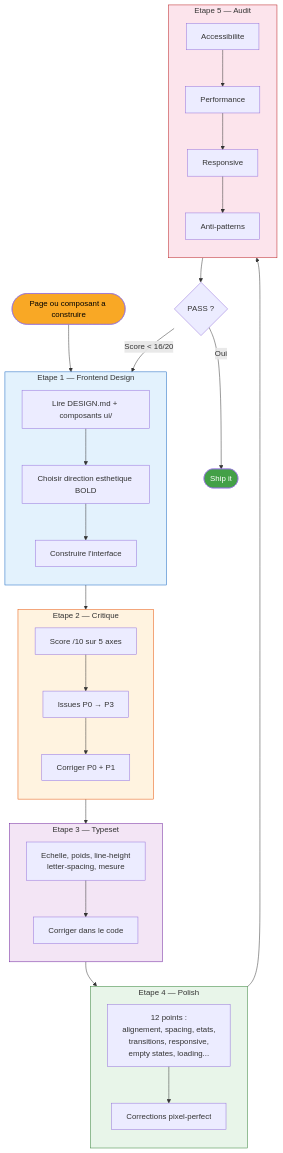
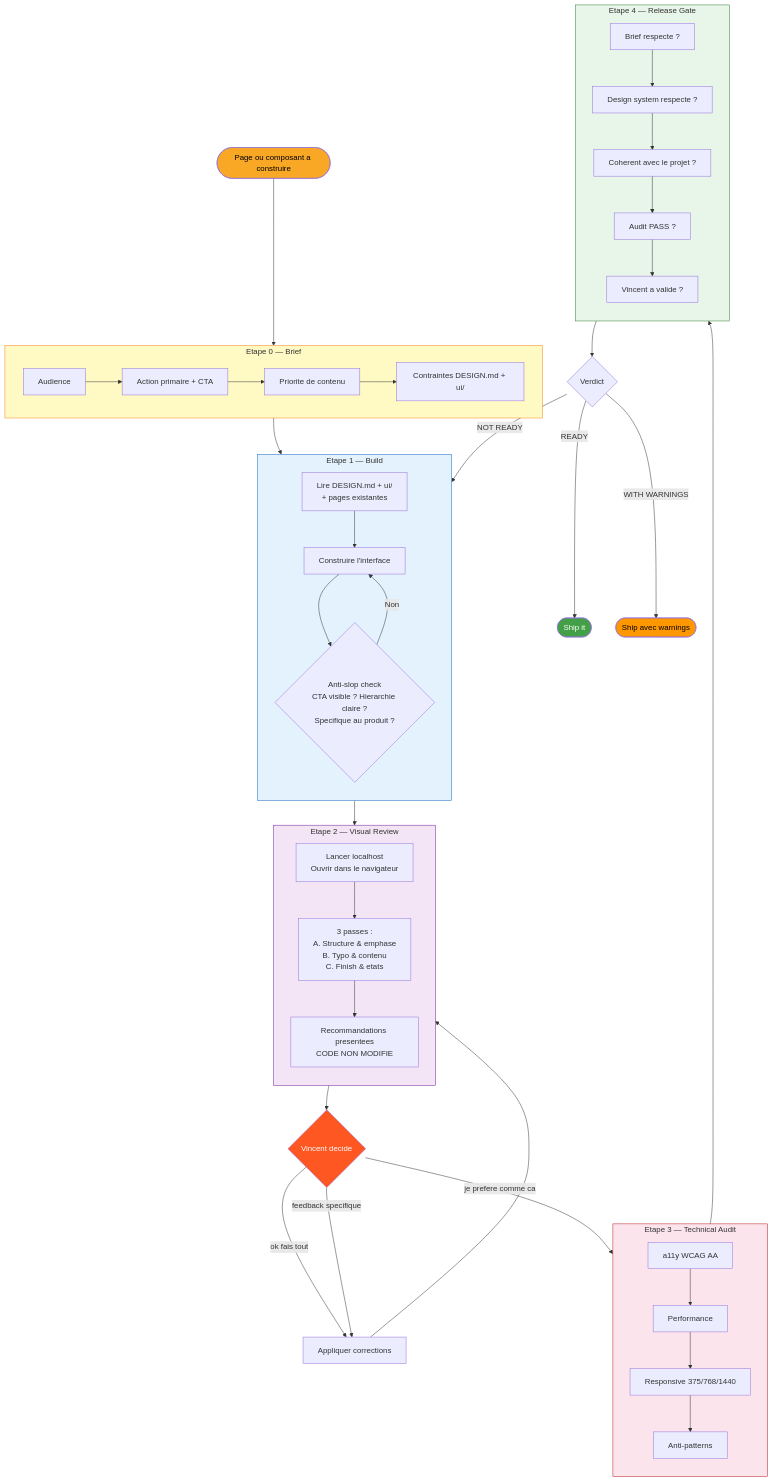
Before and after one commit to VincentBlanchon/claude-preset: the second of 5 diagrams in docs/diagrams.md, drawn with Mermaid. The commit also changed other lines of this file and 2 other files, not shown here.

Commit message:
feat: design-flow v2 — visual review + gate humaine + anti-slop
Restructure complete du pipeline UI :
- Brief obligatoire avant build (audience, CTA, priorites)
- Visual Review remplace critique/typeset/polish (localhost + 3 passes)
- Gate humaine : Claude recommande, Vincent decide, code non modifie
- Anti-slop par provenance (specifique au produit, pas par motifs)
- Release gate honnete (READY / WITH WARNINGS / NOT READY)
- Feature skill mis a jour pour referencer le nouveau flow
- Diagrammes Mermaid regeneres

````diff
--- a/docs/diagrams.md
+++ b/docs/diagrams.md
@@ -79,53 +79,66 @@
 ```mermaid
 flowchart TD
-    START([Page ou composant a construire]) --> E1
+    START([Page ou composant a construire]) --> E0
 
-    subgraph E1["Etape 1 — Frontend Design"]
+    subgraph E0["Etape 0 — Brief"]
+        AUDIENCE[Audience] --> ACTION[Action primaire + CTA]
+        ACTION --> PRIO[Priorite de contenu]
+        PRIO --> CONSTRAINTS[Contraintes DESIGN.md + ui/]
+    end
+
+    E0 --> E1
+
+    subgraph E1["Etape 1 — Build"]
         direction TB
-        READ_DS[Lire DESIGN.md + composants ui/] --> DIRECTION[Choisir direction esthetique BOLD]
-        DIRECTION --> BUILD[Construire l'interface]
+        READ_DS["Lire DESIGN.md + ui/\n+ pages existantes"] --> BUILD[Construire l'interface]
+        BUILD --> SLOP{"Anti-slop check\nCTA visible ? Hierarchie claire ?\nSpecifique au produit ?"}
+        SLOP -->|Non| BUILD
     end
 
     E1 --> E2
 
-    subgraph E2["Etape 2 — Critique"]
+    subgraph E2["Etape 2 — Visual Review"]
         direction TB
-        EVAL["Score /10 sur 5 axes"] --> ISSUES["Issues P0 → P3"]
-        ISSUES --> FIX_P0["Corriger P0 + P1"]
+        LAUNCH["Lancer localhost\nOuvrir dans le navigateur"] --> PASSES["3 passes :\nA. Structure & emphase\nB. Typo & contenu\nC. Finish & etats"]
+        PASSES --> RECO_VR["Recommandations presentees\nCODE NON MODIFIE"]
     end
 
-    E2 --> E3
+    RECO_VR --> GATE_H{"Vincent decide"}
+    GATE_H -->|"ok fais tout"| APPLY[Appliquer corrections]
+    GATE_H -->|"feedback specifique"| APPLY
+    GATE_H -->|"je prefere comme ca"| E3
 
-    subgraph E3["Etape 3 — Typeset"]
+    APPLY --> E2
+
+    subgraph E3["Etape 3 — Technical Audit"]
         direction TB
-        TYPO_CHECK["Echelle, poids, line-height\nletter-spacing, mesure"] --> TYPO_FIX[Corriger dans le code]
+        A11Y[a11y WCAG AA] --> PERF[Performance]
+        PERF --> RESP[Responsive 375/768/1440]
+        RESP --> ANTI[Anti-patterns]
     end
 
     E3 --> E4
 
-    subgraph E4["Etape 4 — Polish"]
+    subgraph E4["Etape 4 — Release Gate"]
         direction TB
-        CHECKLIST["12 points :\nalignement, spacing, etats,\ntransitions, responsive,\nempty states, loading..."] --> PIXEL[Corrections pixel-perfect]
+        CHECK_BRIEF[Brief respecte ?] --> CHECK_DS[Design system respecte ?]
+        CHECK_DS --> CHECK_COH[Coherent avec le projet ?]
+        CHECK_COH --> CHECK_AUDIT[Audit PASS ?]
+        CHECK_AUDIT --> CHECK_VINCENT[Vincent a valide ?]
     end
 
-    E4 --> E5
-
-    subgraph E5["Etape 5 — Audit"]
-        direction TB
-        A11Y[Accessibilite] --> PERF[Performance]
-        PERF --> RESP[Responsive]
-        RESP --> ANTI[Anti-patterns]
-    end
-
-    E5 --> VERDICT{PASS ?}
-    VERDICT -->|Oui| DONE([Ship it])
-    VERDICT -->|"Score < 16/20"| E1
+    E4 --> VERDICT{"Verdict"}
+    VERDICT -->|READY| DONE([Ship it])
+    VERDICT -->|WITH WARNINGS| DONE_W([Ship avec warnings])
+    VERDICT -->|NOT READY| E1
 
     style START fill:#f9a825,color:#000
     style DONE fill:#43a047,color:#fff
+    style DONE_W fill:#ff9800,color:#000
+    style GATE_H fill:#ff5722,color:#fff
+    style E0 fill:#fff9c4,stroke:#f57f17
     style E1 fill:#e3f2fd,stroke:#1565c0
-    style E2 fill:#fff3e0,stroke:#e65100
-    style E3 fill:#f3e5f5,stroke:#6a1b9a
+    style E2 fill:#f3e5f5,stroke:#6a1b9a
+    style E3 fill:#fce4ec,stroke:#b71c1c
     style E4 fill:#e8f5e9,stroke:#2e7d32
-    style E5 fill:#fce4ec,stroke:#b71c1c
 ```
````
